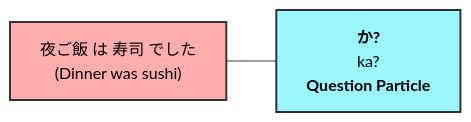
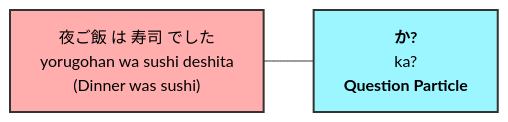
Before and after one commit to shainsethi/n5: the ninth of 12 diagrams in grammar/grammar.md, drawn with Mermaid. The commit also changed other lines of this file and 1 other file, not shown here.

Commit message:
feat: add N5 grammar reference and practice solution files with Mermaid diagrams

````diff
--- a/grammar/grammar.md
+++ b/grammar/grammar.md
@@ -168,6 +168,6 @@
 ```mermaid
 graph LR
-    Aff["夜ご飯 は 寿司 でした<br/>(Dinner was sushi)"] --- Q["<b>か?</b><br/>ka?<br/><b>Question Particle</b>"]
+    Aff["夜ご飯 は 寿司 でした<br/>yorugohan wa sushi deshita<br/>(Dinner was sushi)"] --- Q["<b>か?</b><br/>ka?<br/><b>Question Particle</b>"]
     style Aff fill:#ffadad,stroke:#333,stroke-width:2px,color:#000
     style Q fill:#9bf6ff,stroke:#333,stroke-width:2px,color:#000
 ```
````
